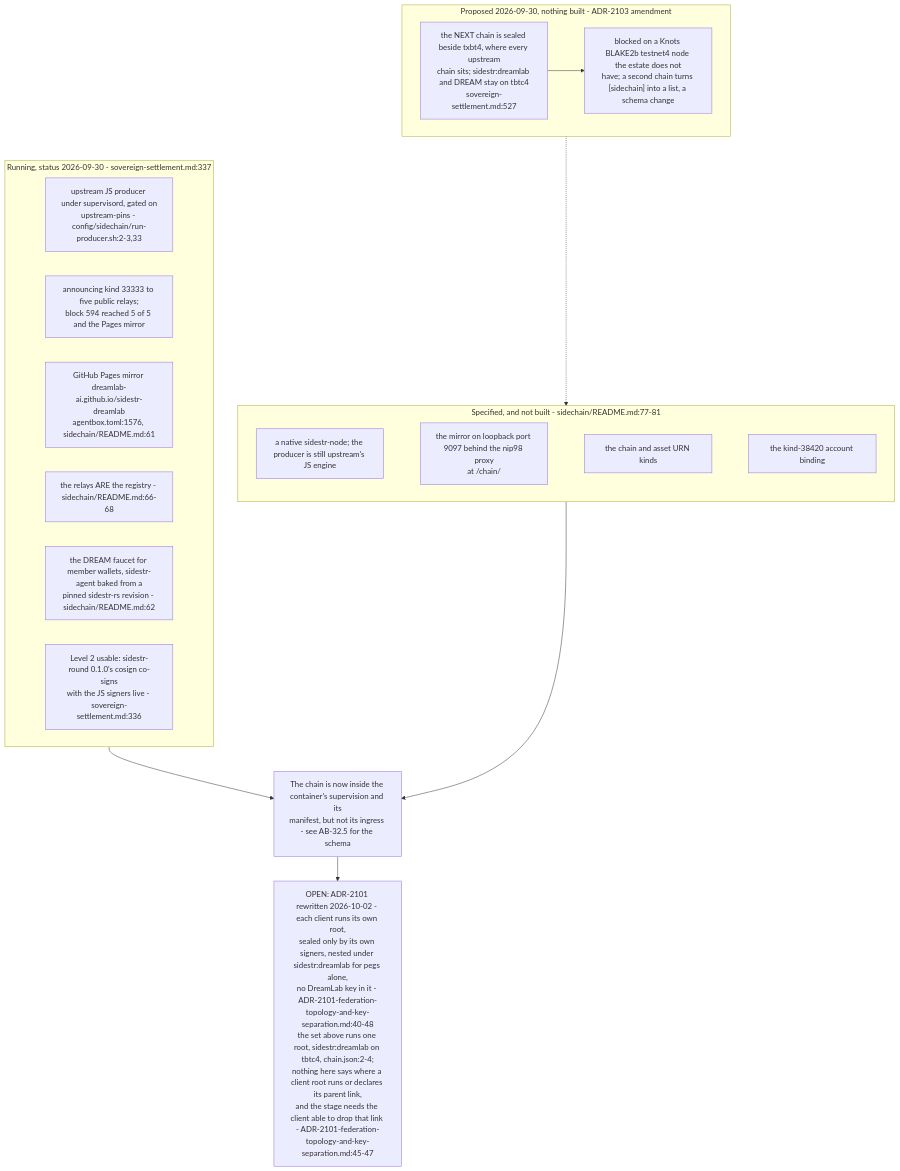
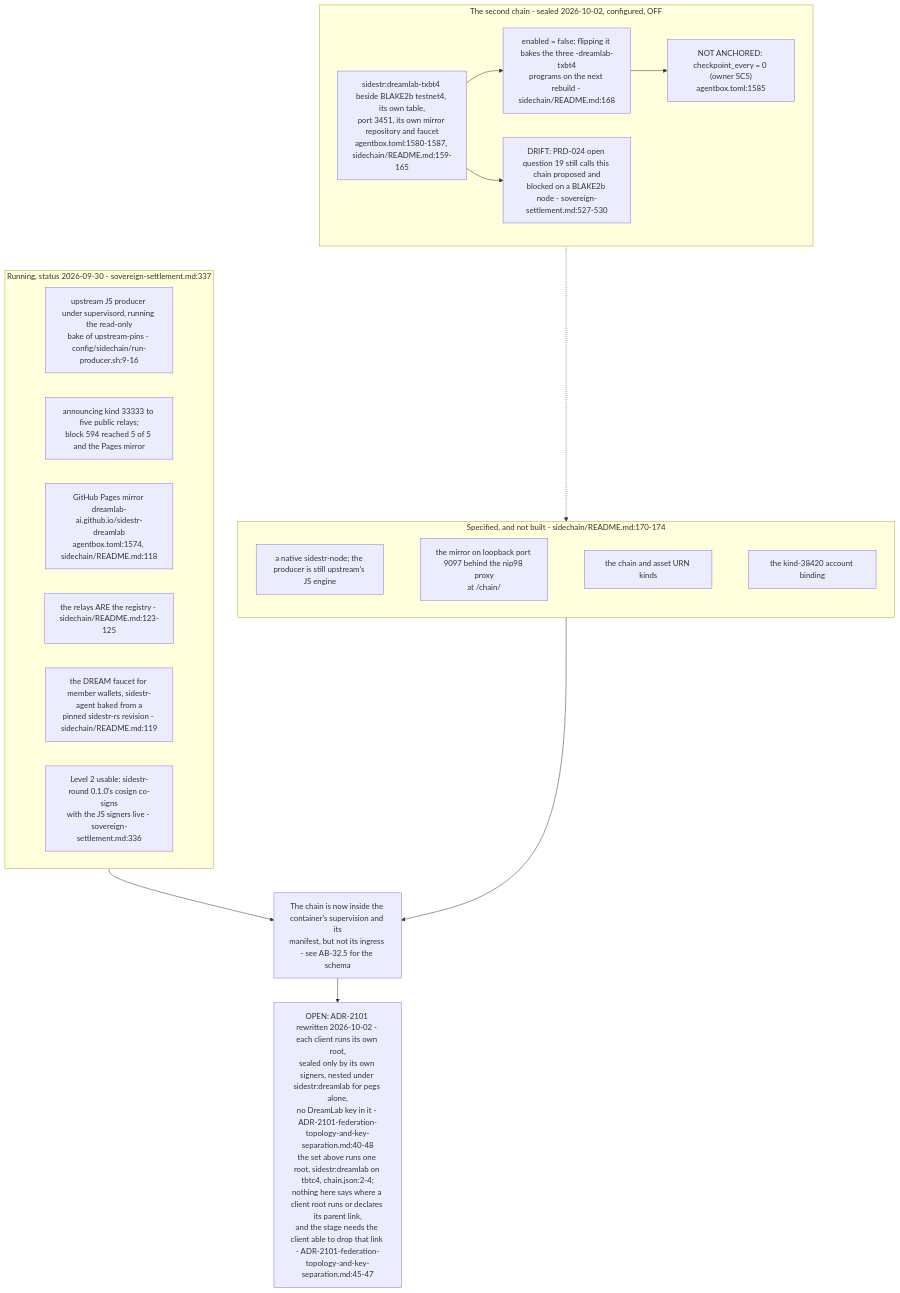
Before and after one commit to DreamLab-AI/VisionFlow: the fifth of 6 diagrams in docs/diagrams/agentbox/34-sidestr-interim-producer-and-mirror.md, drawn with Mermaid. The commit also changed other lines of this file and 14 other files, not shown here.

First line of the commit message:
docs(diagrams): custody role isolation — new AB-36, re-stamp 11 topics at the custody integration head

````diff
--- a/docs/diagrams/agentbox/34-sidestr-interim-producer-and-mirror.md
+++ b/docs/diagrams/agentbox/34-sidestr-interim-producer-and-mirror.md
@@ -180,27 +212,30 @@
 ```mermaid
 flowchart TB
     subgraph now["Running, status 2026-09-30 - sovereign-settlement.md:337"]
-        N1["upstream JS producer under supervisord, gated on<br/>upstream-pins - config/sidechain/run-producer.sh:2-3,33"]
+        N1["upstream JS producer under supervisord, running the read-only<br/>bake of upstream-pins - config/sidechain/run-producer.sh:9-16"]
         N2["announcing kind 33333 to five public relays;<br/>block 594 reached 5 of 5 and the Pages mirror"]
-        N3["GitHub Pages mirror dreamlab-ai.github.io/sidestr-dreamlab<br/>agentbox.toml:1576, sidechain/README.md:61"]
-        N4["the relays ARE the registry - sidechain/README.md:66-68"]
-        N5["the DREAM faucet for member wallets, sidestr-agent baked from a<br/>pinned sidestr-rs revision - sidechain/README.md:62"]
+        N3["GitHub Pages mirror dreamlab-ai.github.io/sidestr-dreamlab<br/>agentbox.toml:1574, sidechain/README.md:118"]
+        N4["the relays ARE the registry - sidechain/README.md:123-125"]
+        N5["the DREAM faucet for member wallets, sidestr-agent baked from a<br/>pinned sidestr-rs revision - sidechain/README.md:119"]
         N6["Level 2 usable: sidestr-round 0.1.0's cosign co-signs<br/>with the JS signers live - sovereign-settlement.md:336"]
     end
-    subgraph spec["Specified, and not built - sidechain/README.md:77-81"]
+    subgraph spec["Specified, and not built - sidechain/README.md:170-174"]
         S2["a native sidestr-node; the producer is still upstream's JS engine"]
         S3["the mirror on loopback port 9097 behind the nip98 proxy<br/>at /chain/"]
         S4["the chain and asset URN kinds"]
         S5["the kind-38420 account binding"]
         S2 ~~~ S3 ~~~ S4 ~~~ S5
     end
-    subgraph next["Proposed 2026-09-30, nothing built - ADR-2103 amendment"]
-        X1["the NEXT chain is sealed beside txbt4, where every upstream<br/>chain sits; sidestr:dreamlab and DREAM stay on tbtc4<br/>sovereign-settlement.md:527"]
-        X2["blocked on a Knots BLAKE2b testnet4 node the estate does not<br/>have; a second chain turns [sidechain] into a list, a schema change"]
-        X1 --> X2
+    subgraph next["The second chain - sealed 2026-10-02, configured, OFF"]
+        X1["sidestr:dreamlab-txbt4 beside BLAKE2b testnet4, its own table,<br/>port 3451, its own mirror repository and faucet<br/>agentbox.toml:1580-1587, sidechain/README.md:159-165"]
+        X2["enabled = false: flipping it bakes the three -dreamlab-txbt4<br/>programs on the next rebuild - sidechain/README.md:168"]
+        X3["NOT ANCHORED: checkpoint_every = 0 (owner SC5)<br/>agentbox.toml:1585"]
+        X4["DRIFT: PRD-024 open question 19 still calls this chain proposed and<br/>blocked on a BLAKE2b node - sovereign-settlement.md:527-530"]
+        X1 --> X2 --> X3
+        X1 --> X4
     end
     now --> GAP["The chain is now inside the container's supervision and its<br/>manifest, but not its ingress - see AB-32.5 for the schema"]
     spec --> GAP
     next -.-> spec
     GAP --> FED["OPEN: ADR-2101 rewritten 2026-10-02 - each client runs its own root,<br/>sealed only by its own signers, nested under sidestr:dreamlab for pegs alone,<br/>no DreamLab key in it - ADR-2101-federation-topology-and-key-separation.md:40-48<br/>the set above runs one root, sidestr:dreamlab on tbtc4, chain.json:2-4;<br/>nothing here says where a client root runs or declares its parent link,<br/>and the stage needs the client able to drop that link - ADR-2101-federation-topology-and-key-separation.md:45-47"]
 ```
````
